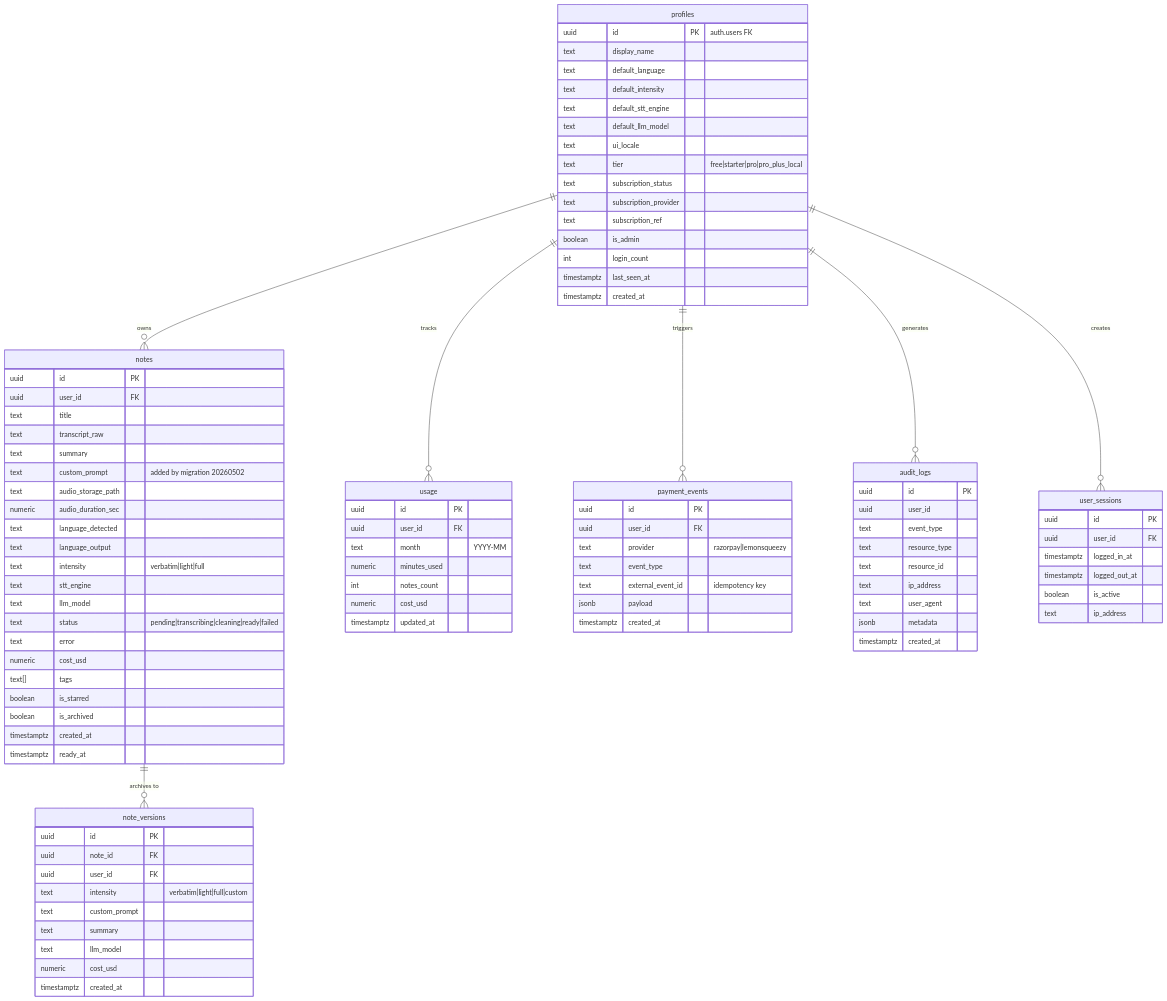
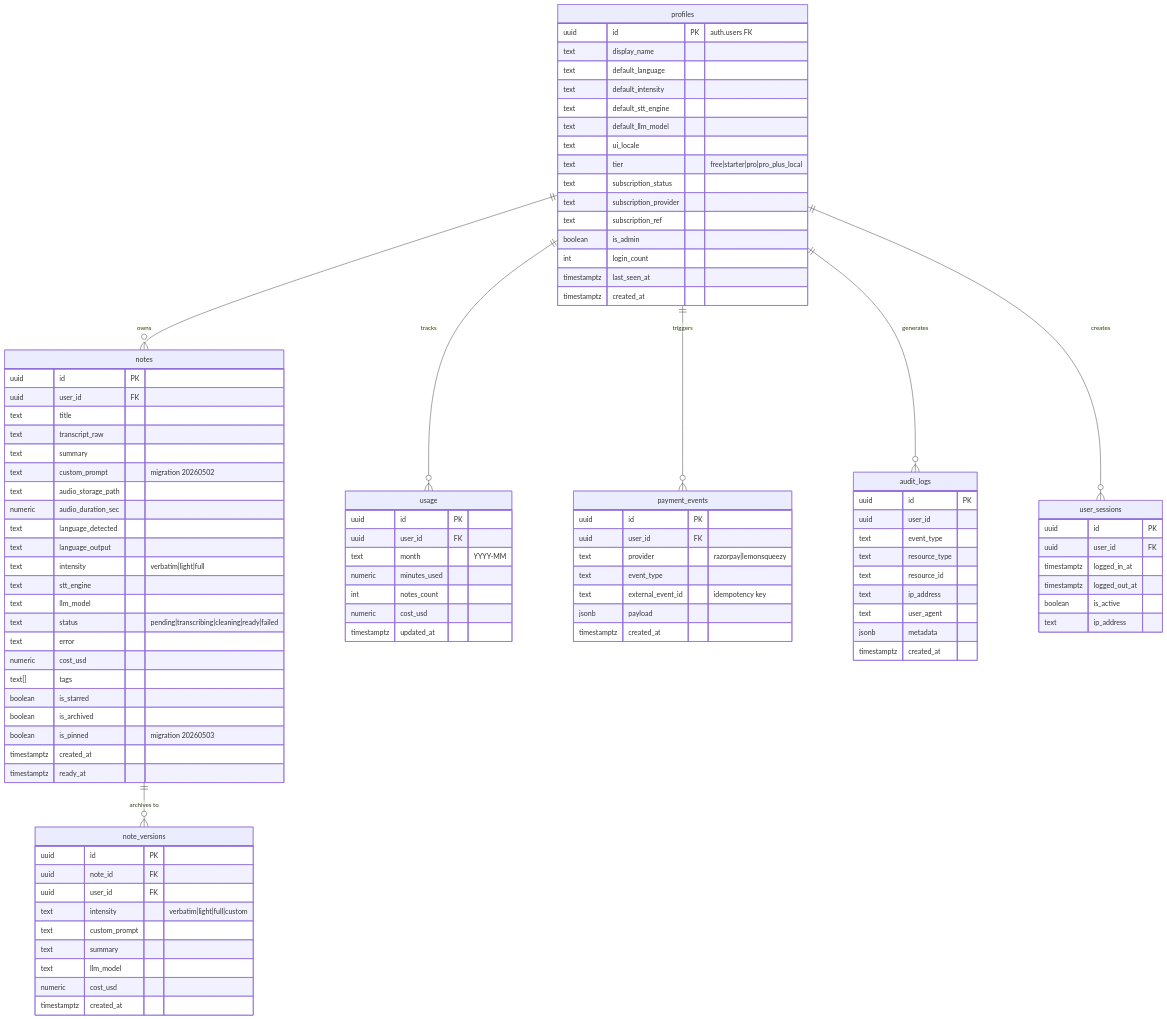
Before and after one commit to vigneshpalanivelr/audio-descriptor: the seventh of 8 diagrams in IMPLEMENTATION.md, drawn with Mermaid. The commit also changed other lines of this file and 2 other files, not shown here.

```diff
--- a/IMPLEMENTATION.md
+++ b/IMPLEMENTATION.md
@@ -278,7 +283,7 @@
         text title
         text transcript_raw
         text summary
-        text custom_prompt "added by migration 20260502"
+        text custom_prompt "migration 20260502"
         text audio_storage_path
         numeric audio_duration_sec
         text language_detected
@@ -292,6 +297,7 @@
         text[] tags
         boolean is_starred
         boolean is_archived
+        boolean is_pinned "migration 20260503"
         timestamptz created_at
         timestamptz ready_at
     }
```
